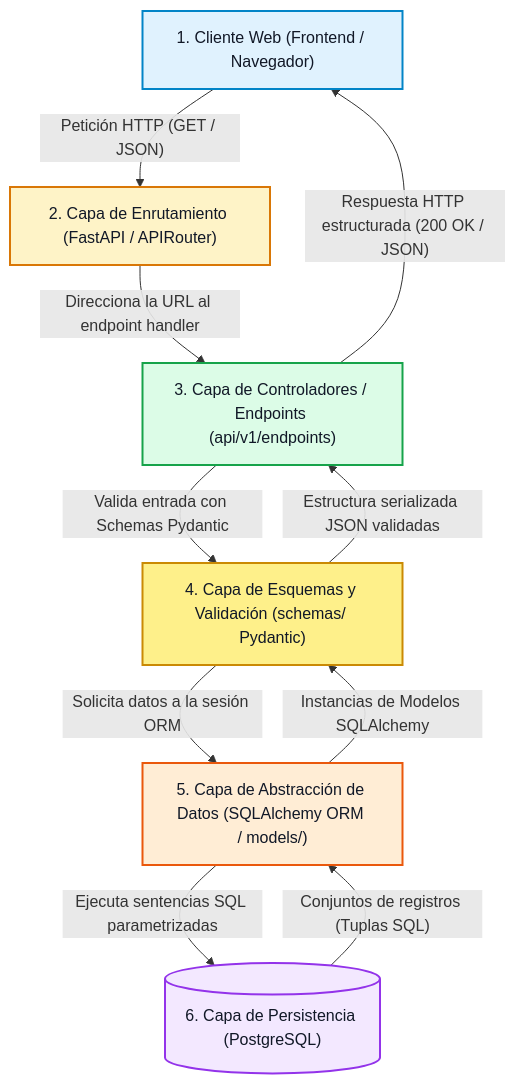
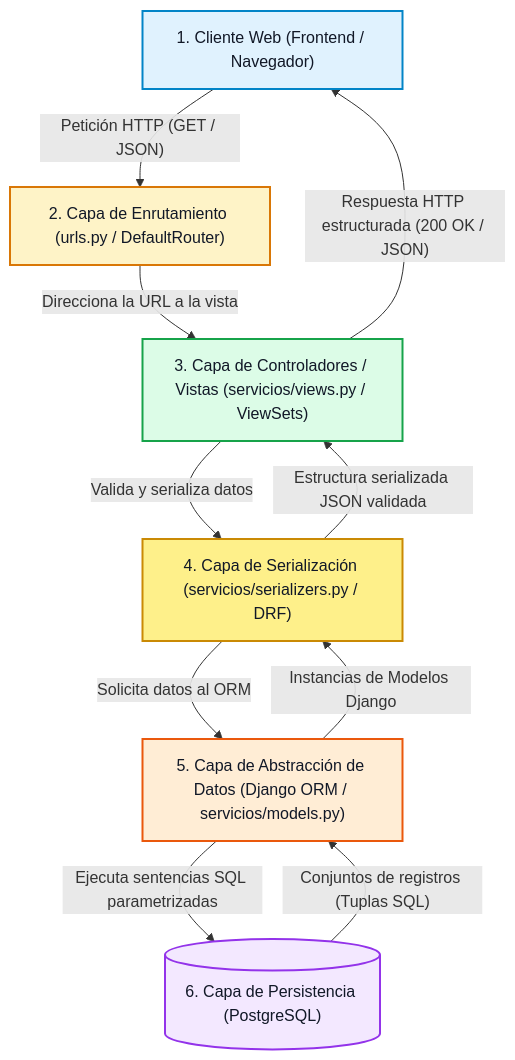
Before and after one commit to Darksam03/RuralConecta-ProyectoWeb: the first of 2 diagrams in docs/arquitectura/estructura-backend.md, drawn with Mermaid. The commit also changed other lines of this file and 5 other files, not shown here.

````diff
--- a/docs/arquitectura/estructura-backend.md
+++ b/docs/arquitectura/estructura-backend.md
@@ -35,27 +35,27 @@
 ```mermaid
 graph TD
-    A["1. Cliente Web (Frontend / Navegador)"] -->|"Petición HTTP (GET / JSON)"| B["2. Capa de Enrutamiento (FastAPI / APIRouter)"]
-    B -->|"Direcciona la URL al endpoint handler"| C["3. Capa de Controladores / Endpoints (api/v1/endpoints)"]
-    C -->|"Valida entrada con Schemas Pydantic"| D["4. Capa de Esquemas y Validación (schemas/ Pydantic)"]
-    D -->|"Solicita datos a la sesión ORM"| E["5. Capa de Abstracción de Datos (SQLAlchemy ORM / models/)"]
+    A["1. Cliente Web (Frontend / Navegador)"] -->|"Petición HTTP (GET / JSON)"| B["2. Capa de Enrutamiento (urls.py / DefaultRouter)"]
+    B -->|"Direcciona la URL a la vista"| C["3. Capa de Controladores / Vistas (servicios/views.py / ViewSets)"]
+    C -->|"Valida y serializa datos"| D["4. Capa de Serialización (servicios/serializers.py / DRF)"]
+    D -->|"Solicita datos al ORM"| E["5. Capa de Abstracción de Datos (Django ORM / servicios/models.py)"]
     E -->|"Ejecuta sentencias SQL parametrizadas"| F[("6. Capa de Persistencia (PostgreSQL)")]
     
     F -->|"Conjuntos de registros (Tuplas SQL)"| E
-    E -->|"Instancias de Modelos SQLAlchemy"| D
-    D -->|"Estructura serializada JSON validadas"| C
+    E -->|"Instancias de Modelos Django"| D
+    D -->|"Estructura serializada JSON validada"| C
     C -->|"Respuesta HTTP estructurada (200 OK / JSON)"| A
 
     classDef client fill:#e0f2fe,stroke:#0284c7,stroke-width:2px,color:#111827;
     classDef routing fill:#fef3c7,stroke:#d97706,stroke-width:2px,color:#111827;
     classDef logic fill:#dcfce7,stroke:#16a34a,stroke-width:2px,color:#111827;
     classDef serial fill:#fef08a,stroke:#ca8a04,stroke-width:2px,color:#111827;
     classDef orm fill:#ffedd5,stroke:#ea580c,stroke-width:2px,color:#111827;
     classDef db fill:#f3e8ff,stroke:#9333ea,stroke-width:2px,color:#111827;
 
     class A client;
     class B routing;
     class C logic;
     class D serial;
     class E orm;
     class F db;
 ```
````
